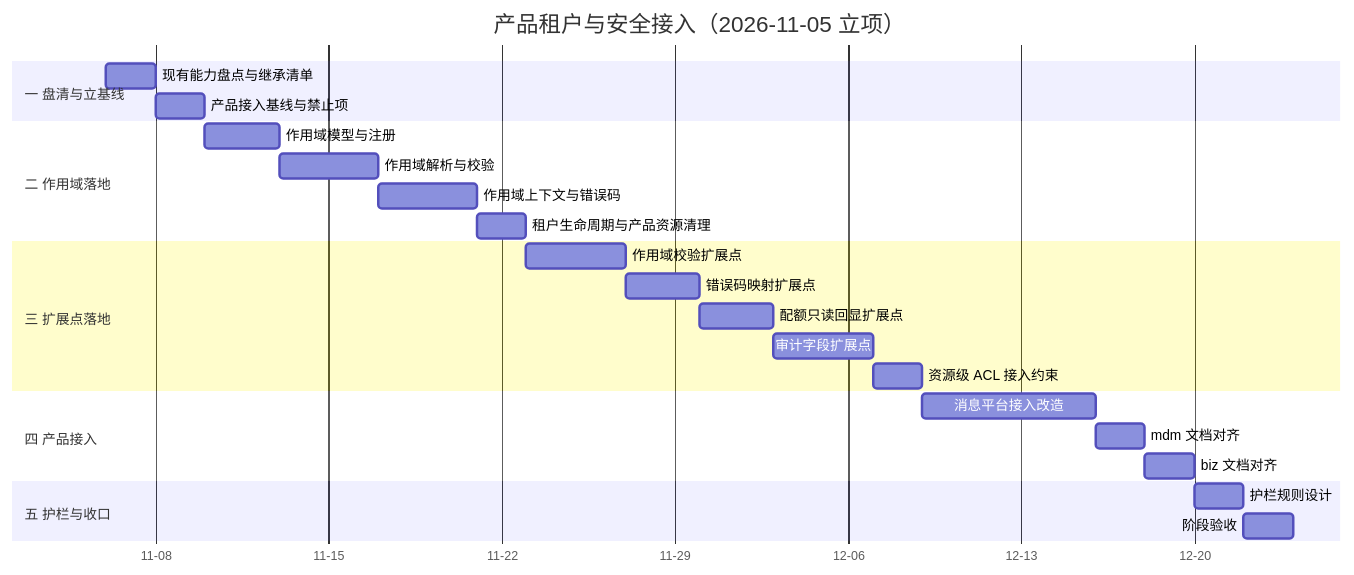
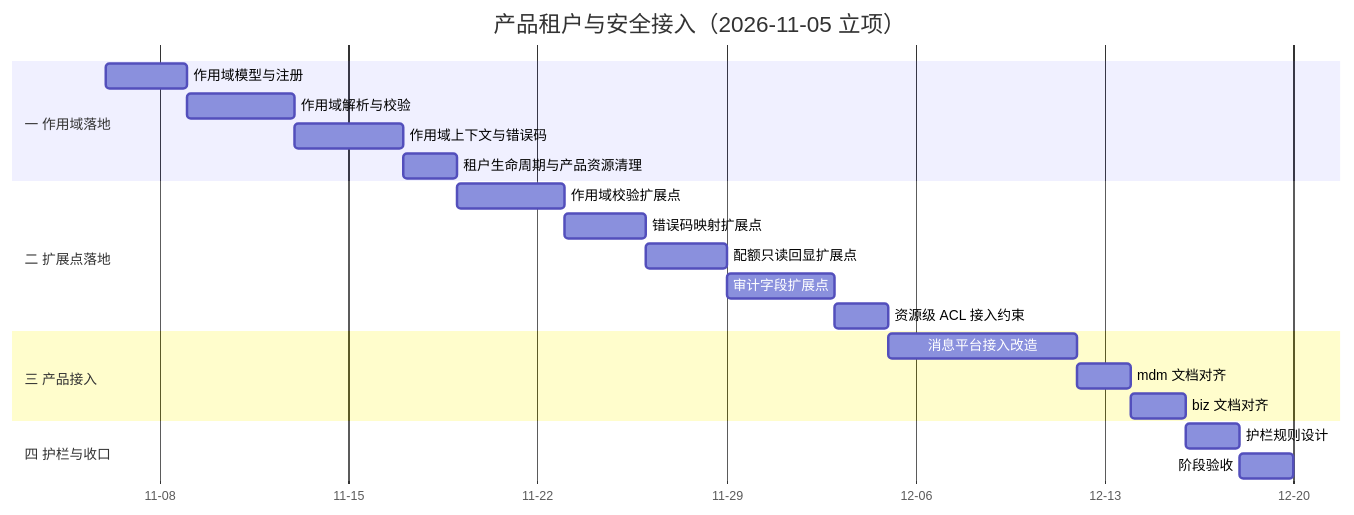
The diagram in bms文档/项目/07D_产品租户与安全接入/计划/01_计划_产品租户与安全接入.md (minjian123/basic-management-system), drawn with Mermaid before and after one commit. The commit also changed other lines of this file and 53 other files, not shown here.

````diff
--- a/bms文档/项目/07D_产品租户与安全接入/计划/01_计划_产品租户与安全接入.md
+++ b/bms文档/项目/07D_产品租户与安全接入/计划/01_计划_产品租户与安全接入.md
@@ -57,27 +54,24 @@
 ```mermaid
 gantt
     title 产品租户与安全接入（2026-11-05 立项）
     dateFormat YYYY-MM-DD
     axisFormat %m-%d
-    section 一 盘清与立基线
-    现有能力盘点与继承清单 :a1, 2026-11-06, 2d
-    产品接入基线与禁止项 :a2, after a1, 2d
-    section 二 作用域落地
-    作用域模型与注册 :b1, after a2, 3d
-    作用域解析与校验 :b2, after b1, 4d
-    作用域上下文与错误码 :b3, after b2, 4d
-    租户生命周期与产品资源清理 :b4, after b3, 2d
-    section 三 扩展点落地
-    作用域校验扩展点 :c1, after b4, 4d
-    错误码映射扩展点 :c2, after c1, 3d
-    配额只读回显扩展点 :c3, after c2, 3d
-    审计字段扩展点 :c4, after c3, 4d
-    资源级 ACL 接入约束 :c5, after c4, 2d
-    section 四 产品接入
-    消息平台接入改造 :d1, after c5, 7d
-    mdm 文档对齐 :d2, after d1, 2d
-    biz 文档对齐 :d3, after d2, 2d
-    section 五 护栏与收口
-    护栏规则设计 :e1, after d3, 2d
-    阶段验收 :e2, after e1, 2d
+    section 一 作用域落地
+    作用域模型与注册 :a1, 2026-11-06, 3d
+    作用域解析与校验 :a2, after a1, 4d
+    作用域上下文与错误码 :a3, after a2, 4d
+    租户生命周期与产品资源清理 :a4, after a3, 2d
+    section 二 扩展点落地
+    作用域校验扩展点 :b1, after a4, 4d
+    错误码映射扩展点 :b2, after b1, 3d
+    配额只读回显扩展点 :b3, after b2, 3d
+    审计字段扩展点 :b4, after b3, 4d
+    资源级 ACL 接入约束 :b5, after b4, 2d
+    section 三 产品接入
+    消息平台接入改造 :c1, after b5, 7d
+    mdm 文档对齐 :c2, after c1, 2d
+    biz 文档对齐 :c3, after c2, 2d
+    section 四 护栏与收口
+    护栏规则设计 :d1, after c3, 2d
+    阶段验收 :d2, after d1, 2d
 ```
````
